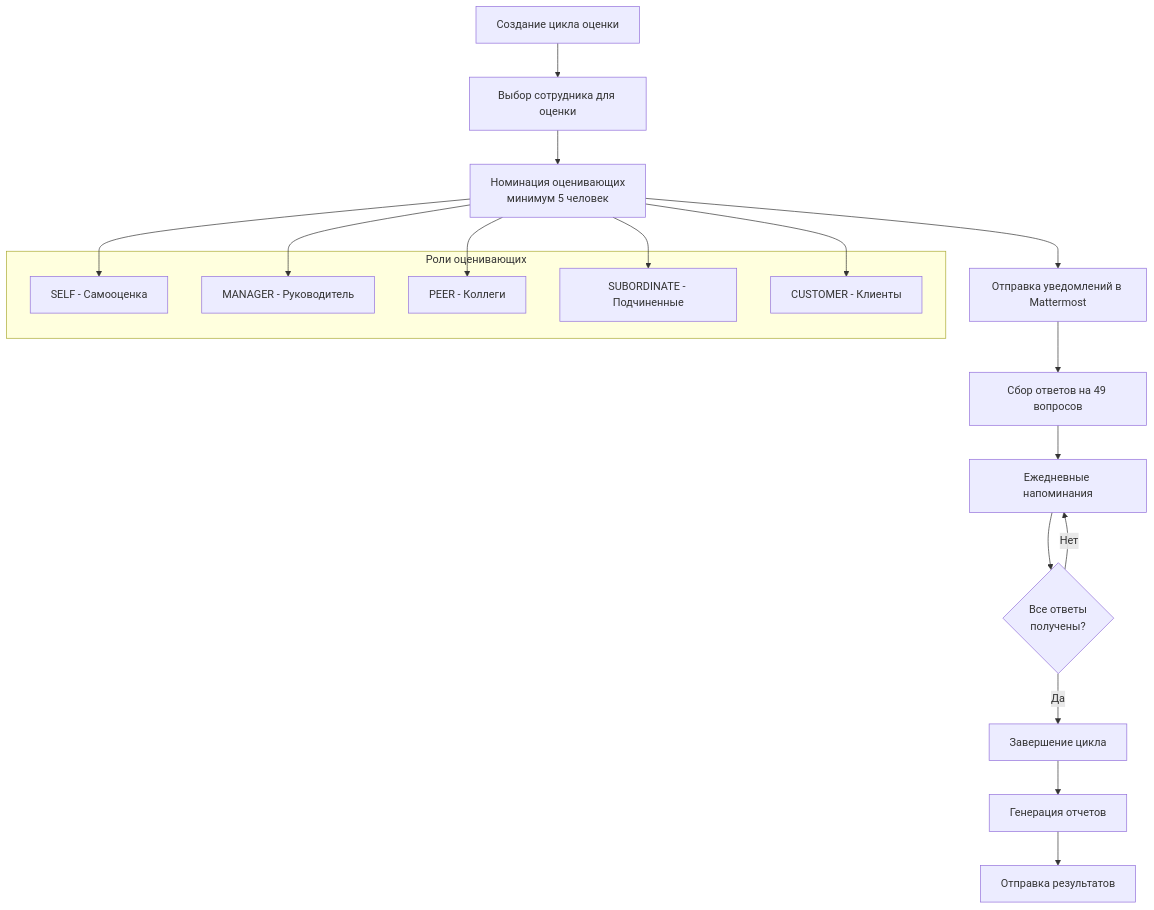
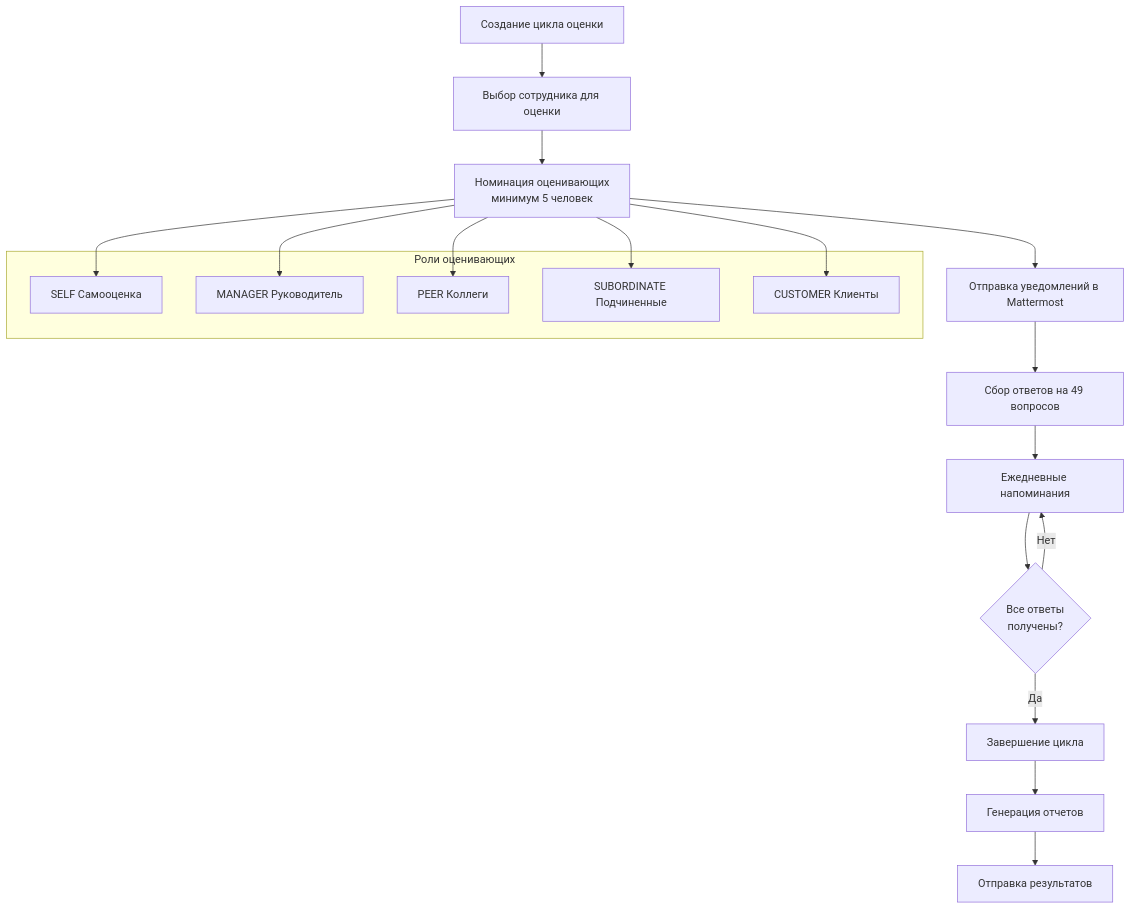
The third of 4 diagrams in README.md (chastnik/360), drawn with Mermaid before and after one commit. The commit also changed other lines of this file, not shown here.

First line of the commit message:
Исправлены ошибки синтаксиса в диаграммах Mermaid в README

````diff
--- a/README.md
+++ b/README.md
@@ -316,27 +316,27 @@
 ```mermaid
 flowchart TD
-    A[Создание цикла оценки] --> B[Выбор сотрудника для оценки]
-    B --> C[Номинация оценивающих<br/>минимум 5 человек]
-    C --> D[Отправка уведомлений в Mattermost]
-    D --> E[Сбор ответов на 49 вопросов]
-    E --> F[Ежедневные напоминания]
-    F --> G{Все ответы<br/>получены?}
-    G -->|Нет| F
-    G -->|Да| H[Завершение цикла]
-    H --> I[Генерация отчетов]
-    I --> J[Отправка результатов]
+    A["Создание цикла оценки"] --> B["Выбор сотрудника для оценки"]
+    B --> C["Номинация оценивающих<br/>минимум 5 человек"]
+    C --> D["Отправка уведомлений в Mattermost"]
+    D --> E["Сбор ответов на 49 вопросов"]
+    E --> F["Ежедневные напоминания"]
+    F --> G{"Все ответы<br/>получены?"}
+    G -->|"Нет"| F
+    G -->|"Да"| H["Завершение цикла"]
+    H --> I["Генерация отчетов"]
+    I --> J["Отправка результатов"]
     
     subgraph "Роли оценивающих"
-        K[SELF - Самооценка]
-        L[MANAGER - Руководитель]
-        M[PEER - Коллеги]
-        N[SUBORDINATE - Подчиненные]
-        O[CUSTOMER - Клиенты]
+        K["SELF Самооценка"]
+        L["MANAGER Руководитель"]
+        M["PEER Коллеги"]
+        N["SUBORDINATE Подчиненные"]
+        O["CUSTOMER Клиенты"]
     end
     
     C --> K
     C --> L
     C --> M
     C --> N
     C --> O
 ```
````
